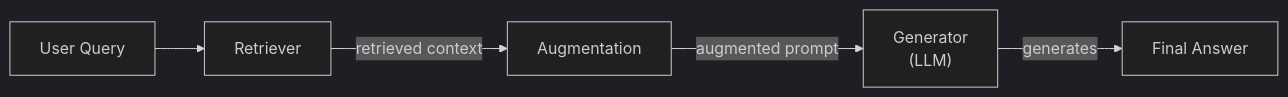
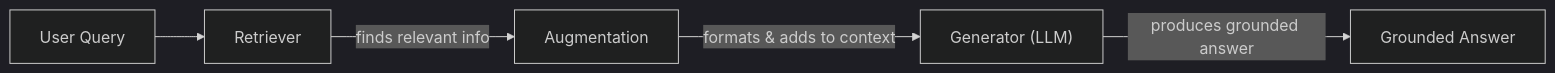
One commit to YMaXing/Research-Agent-reinforced-by-RL changed the first of 4 diagrams in RL_researcher_writer_ymaxing/rl_training_data/noise_experiment/09_RAG__var_standard__replicate1__preset3/article.md. Above: the diagram before and after it, drawn with Mermaid (dark theme). The commit also changed other lines of this file and 4528 other files, not shown here.

````diff
--- a/RL_researcher_writer_ymaxing/rl_training_data/noise_experiment/09_RAG__var_standard__replicate1__preset3/article.md
+++ b/RL_researcher_writer_ymaxing/rl_training_data/noise_experiment/09_RAG__var_standard__replicate1__preset3/article.md
@@ -27,8 +21,7 @@
 ```mermaid
 flowchart LR
-  %% RAG System Flow
-  A["User Query"] --> B["Retriever"]
-  B -- "retrieved context" --> C["Augmentation"]
-  C -- "augmented prompt" --> D["Generator<br/>(LLM)"]
-  D -- "generates" --> E["Final Answer"]
+  UserQuery["User Query"] --> Retriever["Retriever"]
+  Retriever -- "finds relevant info" --> Augmentation["Augmentation"]
+  Augmentation -- "formats & adds to context" --> Generator["Generator (LLM)"]
+  Generator -- "produces grounded answer" --> Answer["Grounded Answer"]
 ```
````
